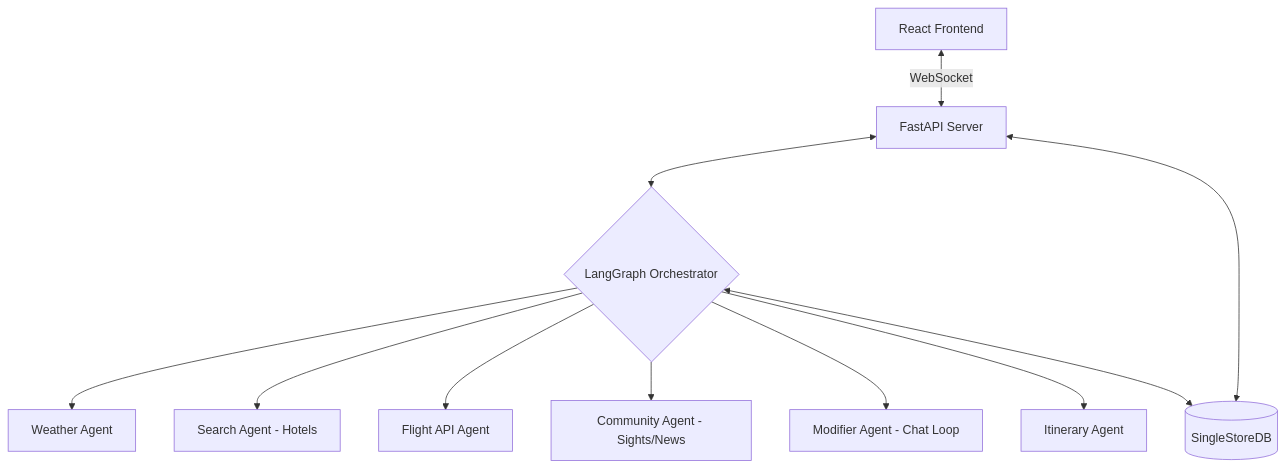
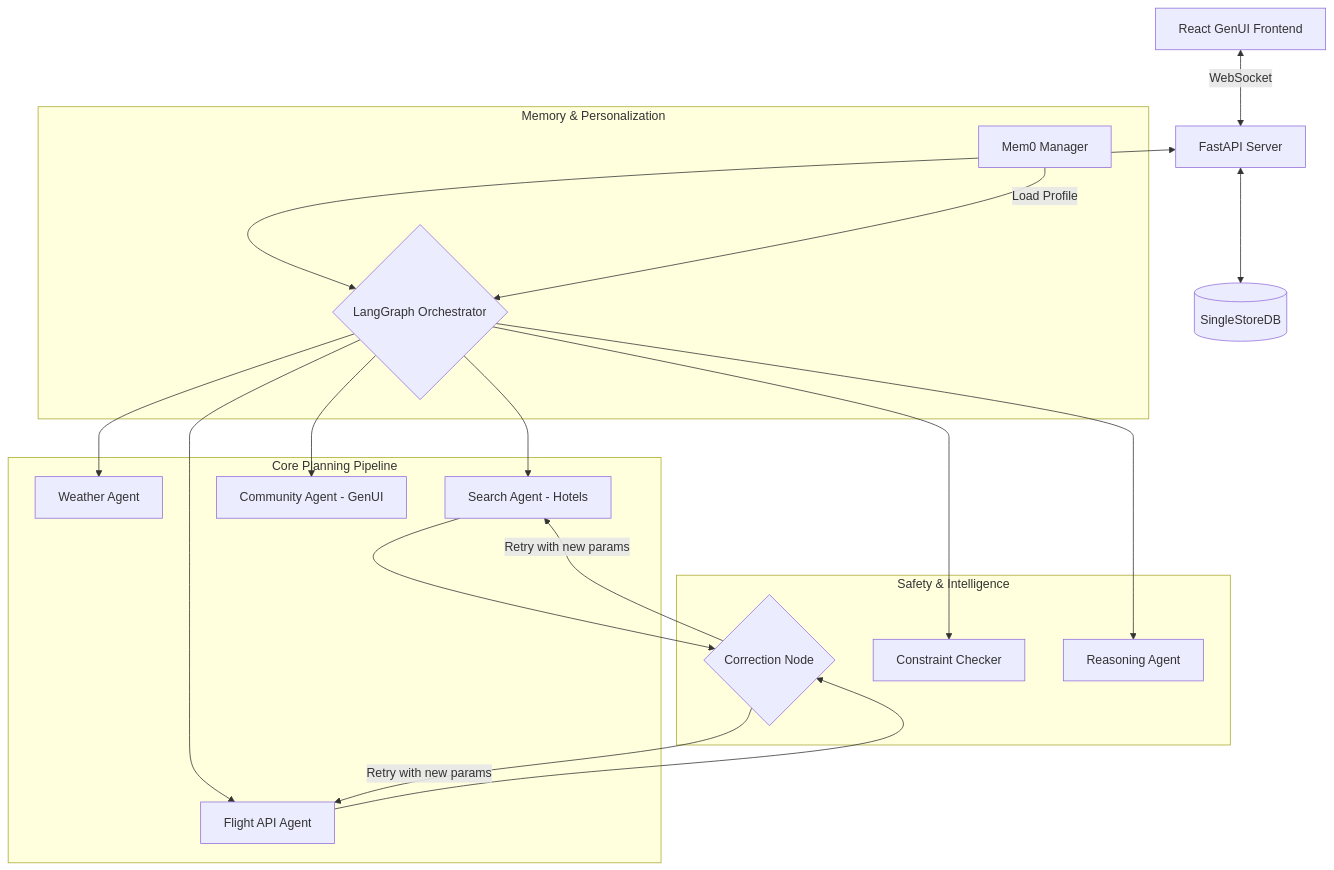
One commit to akashsmu/AI_Travel_Agent changed the diagram in README.md. Above: the diagram before and after it, drawn with Mermaid. The commit also changed other lines of this file, not shown here.

````diff
--- a/README.md
+++ b/README.md
@@ -18,13 +27,25 @@
 ```mermaid
 graph TD
-    A[React Frontend] <-->|WebSocket| B[FastAPI Server]
+    A[React GenUI Frontend] <-->|WebSocket| B[FastAPI Server]
     B <--> C{LangGraph Orchestrator}
-    C --> D[Weather Agent]
-    C --> E[Search Agent - Hotels]
-    C --> F[Flight API Agent]
-    C --> G[Community Agent - Sights/News]
-    C --> H[Modifier Agent - Chat Loop]
-    C --> I[Itinerary Agent]
-    B <--> J[(SingleStoreDB)]
-    C <--> J
+    
+    subgraph "Memory & Personalization"
+    D[Mem0 Manager] -->|Load Profile| C
+    end
+
+    subgraph "Core Planning Pipeline"
+    C --> E[Weather Agent]
+    C --> F[Search Agent - Hotels]
+    C --> G[Flight API Agent]
+    C --> H[Community Agent - GenUI]
+    end
+
+    subgraph "Safety & Intelligence"
+    F & G --> I{Correction Node}
+    I -->|Retry with new params| F & G
+    C --> J[Constraint Checker]
+    C --> K[Reasoning Agent]
+    end
+
+    B <--> L[(SingleStoreDB)]
 ```
````
